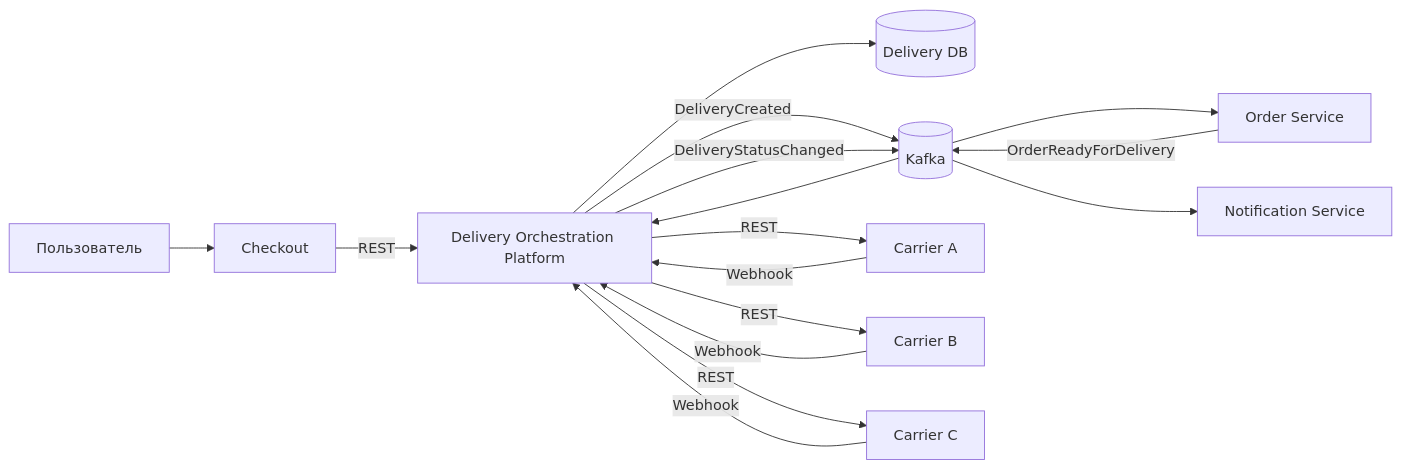
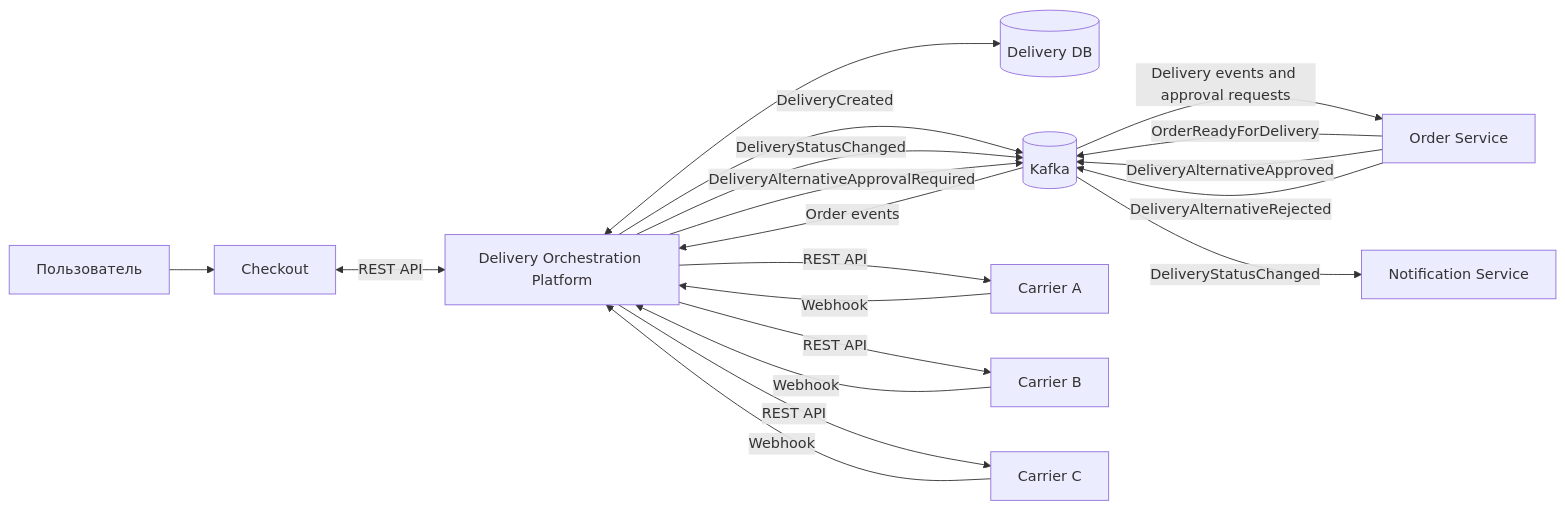
Before and after one commit to the-chill-ocean/delivery-orchestration-platform: the first of 2 diagrams in docs/09-system-design.md, drawn with Mermaid. The commit also changed other lines of this file, not shown here.

````diff
--- a/docs/09-system-design.md
+++ b/docs/09-system-design.md
@@ -80,41 +80,52 @@
 ```mermaid
 flowchart LR
 
     User[Пользователь]
     Checkout[Checkout]
     Order[Order Service]
 
     DOP[Delivery Orchestration Platform]
 
     DB[(Delivery DB)]
     Kafka[(Kafka)]
 
     CarrierA[Carrier A]
     CarrierB[Carrier B]
     CarrierC[Carrier C]
 
     Notification[Notification Service]
 
+    %% Пользовательский сценарий
     User --> Checkout
+    Checkout <-->|REST API| DOP
 
-    Checkout -->|REST| DOP
+    %% События от Order Service
+    Order -->|OrderReadyForDelivery| Kafka
+    Order -->|DeliveryAlternativeApproved| Kafka
+    Order -->|DeliveryAlternativeRejected| Kafka
 
-    Order -->|OrderReadyForDelivery| Kafka
-    Kafka --> DOP
+    %% Получение событий платформой
+    Kafka -->|Order events| DOP
 
-    DOP --> DB
+    %% Хранение данных
+    DOP <--> DB
 
-    DOP -->|REST| CarrierA
-    DOP -->|REST| CarrierB
-    DOP -->|REST| CarrierC
+    %% Взаимодействие с перевозчиками
+    DOP -->|REST API| CarrierA
+    DOP -->|REST API| CarrierB
+    DOP -->|REST API| CarrierC
 
+    %% Получение статусов
     CarrierA -->|Webhook| DOP
     CarrierB -->|Webhook| DOP
     CarrierC -->|Webhook| DOP
 
+    %% События платформы
     DOP -->|DeliveryCreated| Kafka
     DOP -->|DeliveryStatusChanged| Kafka
+    DOP -->|DeliveryAlternativeApprovalRequired| Kafka
 
-    Kafka --> Order
-    Kafka --> Notification
+    %% Подписчики
+    Kafka -->|Delivery events and approval requests| Order
+    Kafka -->|DeliveryStatusChanged| Notification
 ```
````
